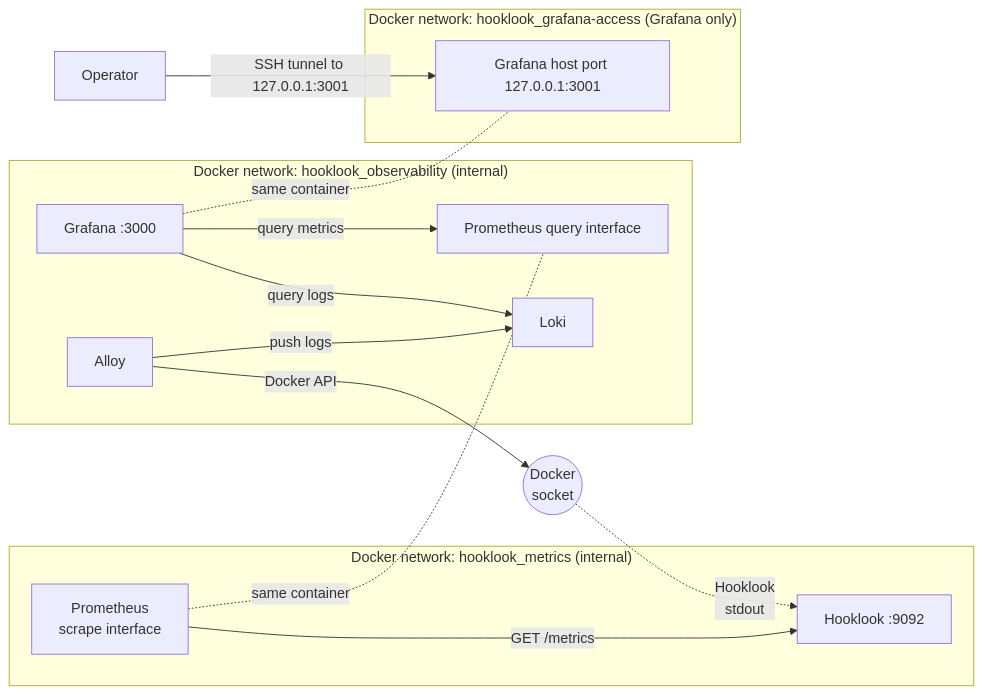
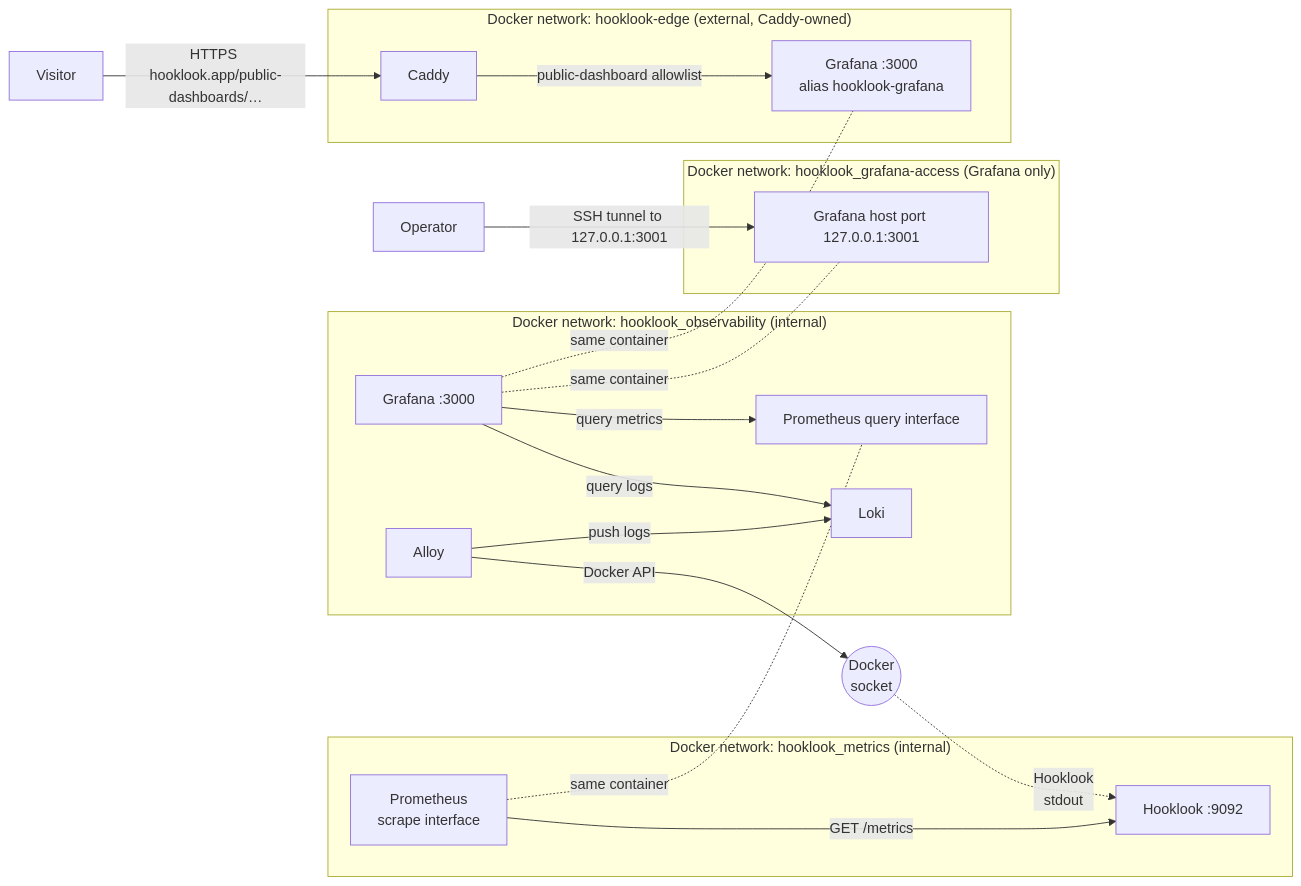
One commit to dvinubius/hooklook changed the diagram in docs/observability.md. Above: the diagram before and after it, drawn with Mermaid. The commit also changed other lines of this file and 15 other files, not shown here.

First line of the commit message:
Add a metrics-only public dashboard shared through Caddy

````diff
--- a/docs/observability.md
+++ b/docs/observability.md
@@ -14,29 +15,37 @@
 ```mermaid
 flowchart LR
     operator[Operator] -->|SSH tunnel to 127.0.0.1:3001| grafana_access
+    visitor[Visitor] -->|HTTPS hooklook.app/public-dashboards/…| caddy
 
     subgraph metrics["Docker network: hooklook_metrics (internal)"]
         app_metrics["Hooklook :9092"]
         prom_scrape["Prometheus<br/>scrape interface"]
         prom_scrape -->|GET /metrics| app_metrics
     end
 
     subgraph private["Docker network: hooklook_observability (internal)"]
         prom_query["Prometheus query interface"]
         alloy[Alloy]
         loki[Loki]
         grafana["Grafana :3000"]
         alloy -->|push logs| loki
         grafana -->|query metrics| prom_query
         grafana -->|query logs| loki
     end
 
     subgraph access["Docker network: hooklook_grafana-access (Grafana only)"]
         grafana_access["Grafana host port 127.0.0.1:3001"]
     end
 
+    subgraph edge["Docker network: hooklook-edge (external, Caddy-owned)"]
+        caddy[Caddy]
+        grafana_public["Grafana :3000<br/>alias hooklook-grafana"]
+        caddy -->|public-dashboard allowlist| grafana_public
+    end
+
     prom_scrape -.-|same container| prom_query
     grafana -.-|same container| grafana_access
+    grafana -.-|same container| grafana_public
     alloy -->|Docker API| socket((Docker<br/>socket))
     socket -.->|Hooklook<br/>stdout| app_metrics
 ```
````
